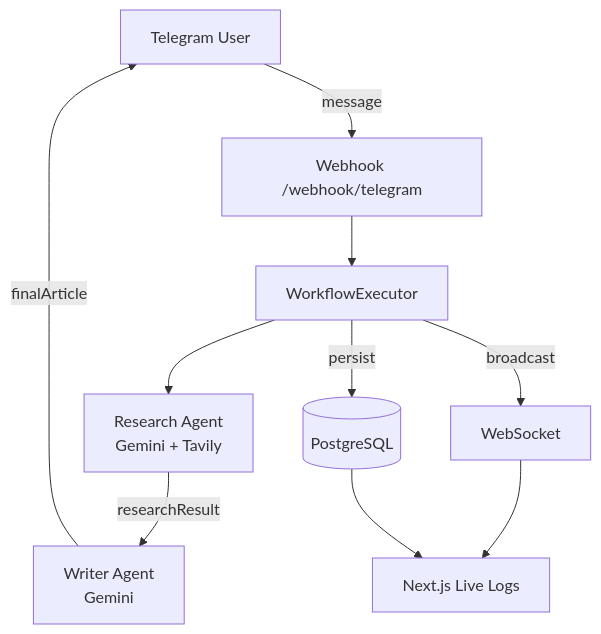
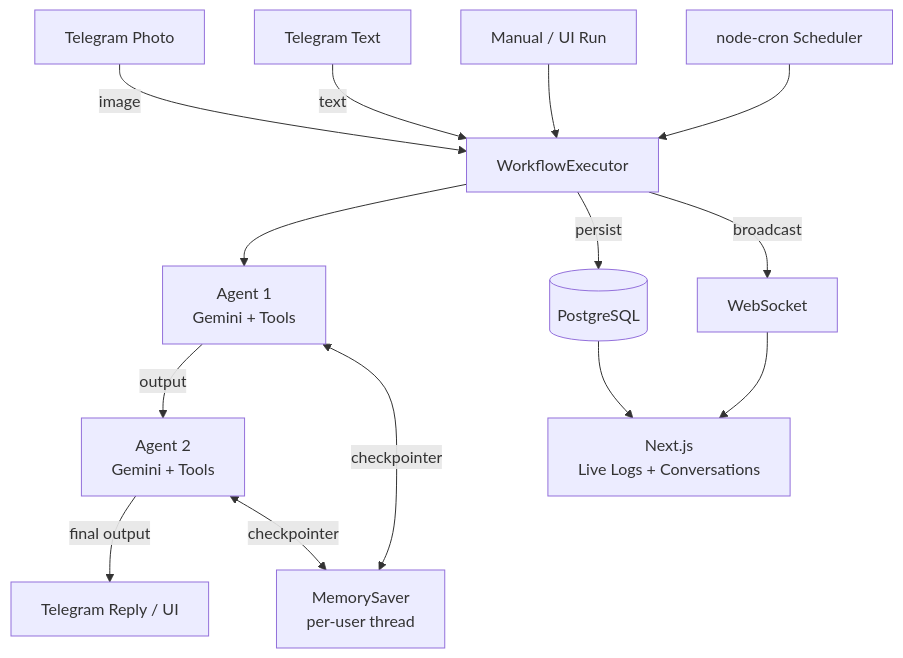
One commit to kartik126/orchy changed the diagram in README.md. Above: the diagram before and after it, drawn with Mermaid. The commit also changed other lines of this file, not shown here.

````diff
--- a/README.md
+++ b/README.md
@@ -31,12 +48,16 @@
 ```mermaid
 graph TD
-    TG[Telegram User] -->|message| WH[Webhook /webhook/telegram]
-    WH --> EX[WorkflowExecutor]
-    EX --> RA[Research Agent\nGemini + Tavily]
-    RA -->|researchResult| WA[Writer Agent\nGemini]
-    WA -->|finalArticle| TG
-    EX -->|persist| DB[(PostgreSQL)]
-    EX -->|broadcast| WS[WebSocket]
-    WS --> UI[Next.js Live Logs]
+    TG_P[Telegram Photo] -->|image| WH
+    TG_T[Telegram Text] -->|text| WH
+    MAN[Manual / UI Run] --> WH
+    CRON[node-cron Scheduler] --> WH
+    WH[WorkflowExecutor] --> A1[Agent 1\nGemini + Tools]
+    A1 -->|output| A2[Agent 2\nGemini + Tools]
+    A2 -->|final output| REPLY[Telegram Reply / UI]
+    WH -->|persist| DB[(PostgreSQL)]
+    WH -->|broadcast| WS[WebSocket]
+    WS --> UI[Next.js\nLive Logs + Conversations]
     DB --> UI
+    A1 <-->|checkpointer| MEM[MemorySaver\nper-user thread]
+    A2 <-->|checkpointer| MEM
 ```
````
